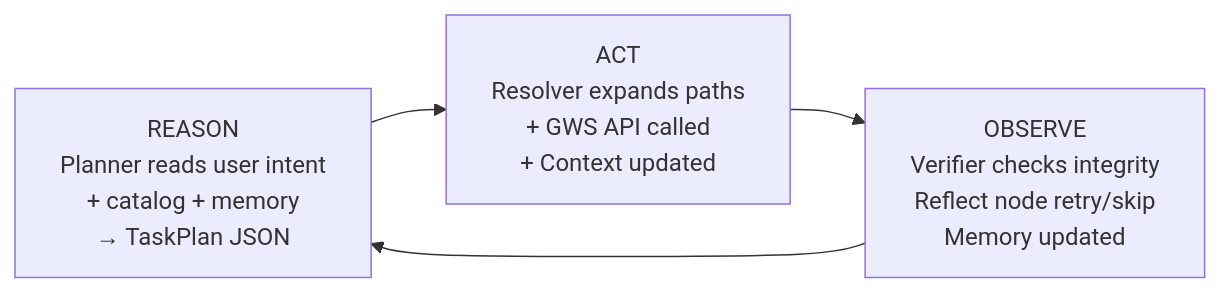
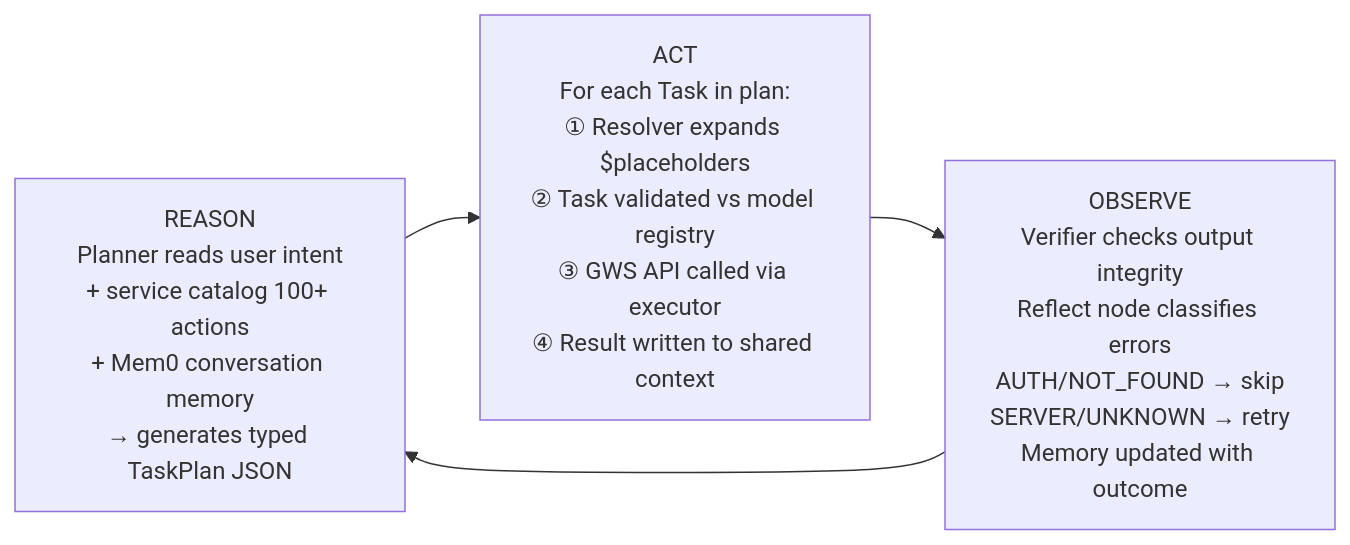
The third of 4 diagrams in README.md (haseeb-heaven/gworkspace-agent), drawn with Mermaid before and after one commit. The commit also changed other lines of this file and 46 other files, not shown here.

````diff
--- a/README.md
+++ b/README.md
@@ -171,8 +184,8 @@
 ```mermaid
 flowchart LR
-    R["REASON<br>Planner reads user intent<br>+ catalog + memory<br>→ TaskPlan JSON"]
-    A["ACT<br>Resolver expands paths<br>+ GWS API called<br>+ Context updated"]
-    O["OBSERVE<br>Verifier checks integrity<br>Reflect node retry/skip<br>Memory updated"]
+    R["REASON<br>Planner reads user intent<br>+ service catalog 100+ actions<br>+ Mem0 conversation memory<br>→ generates typed TaskPlan JSON"]
+    A["ACT<br>For each Task in plan:<br>① Resolver expands $placeholders<br>② Task validated vs model registry<br>③ GWS API called via executor<br>④ Result written to shared context"]
+    O["OBSERVE<br>Verifier checks output integrity<br>Reflect node classifies errors<br>AUTH/NOT_FOUND → skip<br>SERVER/UNKNOWN → retry<br>Memory updated with outcome"]
 
     R --> A --> O --> R
 ```
````
